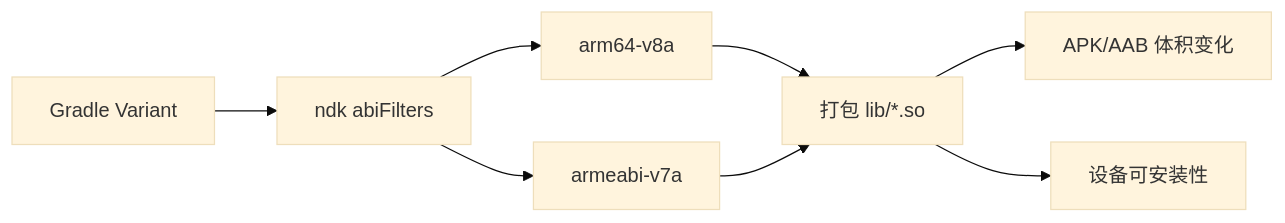
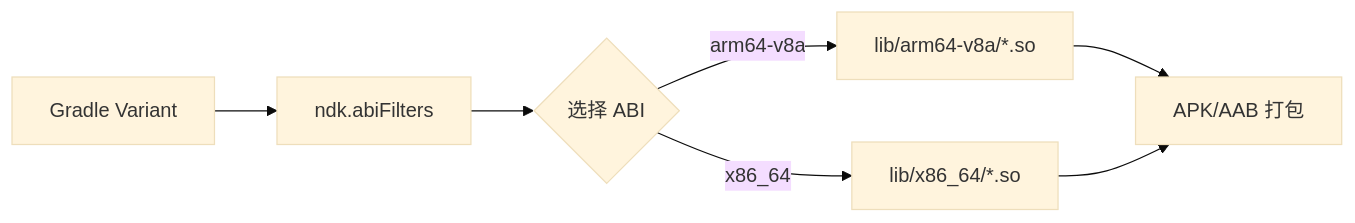
One commit to Carrie-L/carrie-l.github.io changed the first of 3 diagrams in AndroidDeveloperGuideStory/Contents/vol21/21.1.170 NDK.md. Above: the diagram before and after it, drawn with Mermaid (base theme). The commit also changed other lines of this file, not shown here.

Commit message:
feat(chapter-21.1.170): complete NDK DSL chapter with migration and ABI strategy

````diff
--- a/AndroidDeveloperGuideStory/Contents/vol21/21.1.170 NDK.md
+++ b/AndroidDeveloperGuideStory/Contents/vol21/21.1.170 NDK.md
@@ -42,10 +82,9 @@
 ```mermaid
 flowchart LR
-    A[Gradle Variant] --> B[ndk abiFilters]
-    B --> C1[arm64-v8a]
-    B --> C2[armeabi-v7a]
-    C1 --> D[打包 lib/*.so]
-    C2 --> D
-    D --> E[APK/AAB 体积变化]
-    D --> F[设备可安装性]
+    A[Gradle Variant] --> B[ndk.abiFilters]
+    B --> C{选择 ABI}
+    C -->|arm64-v8a| D[lib/arm64-v8a/*.so]
+    C -->|x86_64| E[lib/x86_64/*.so]
+    D --> F[APK/AAB 打包]
+    E --> F
 ```
````
